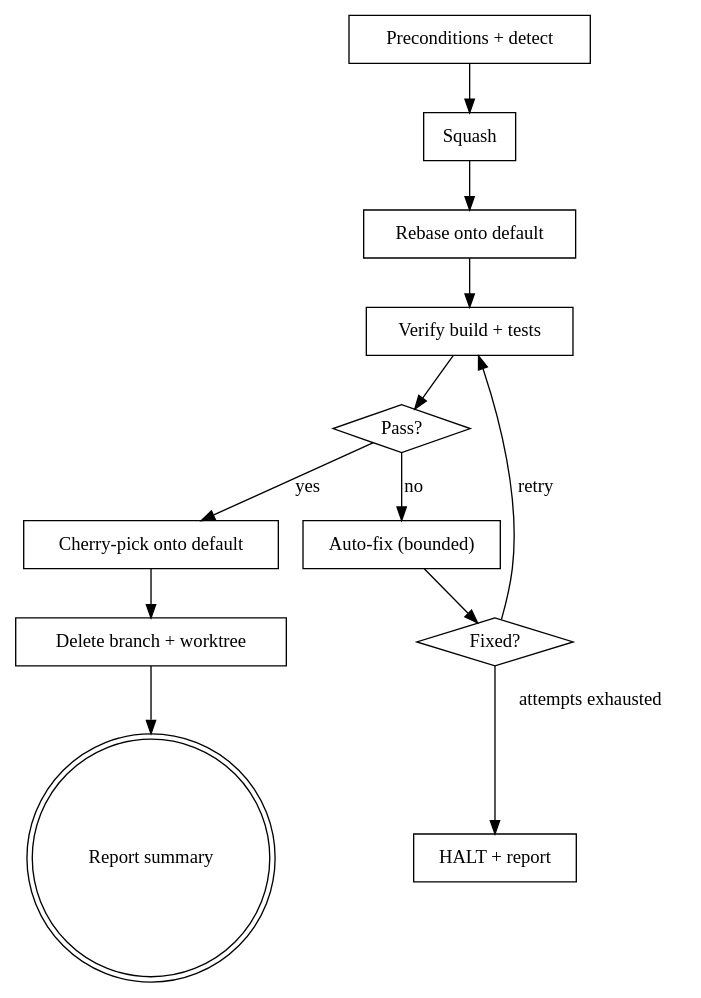
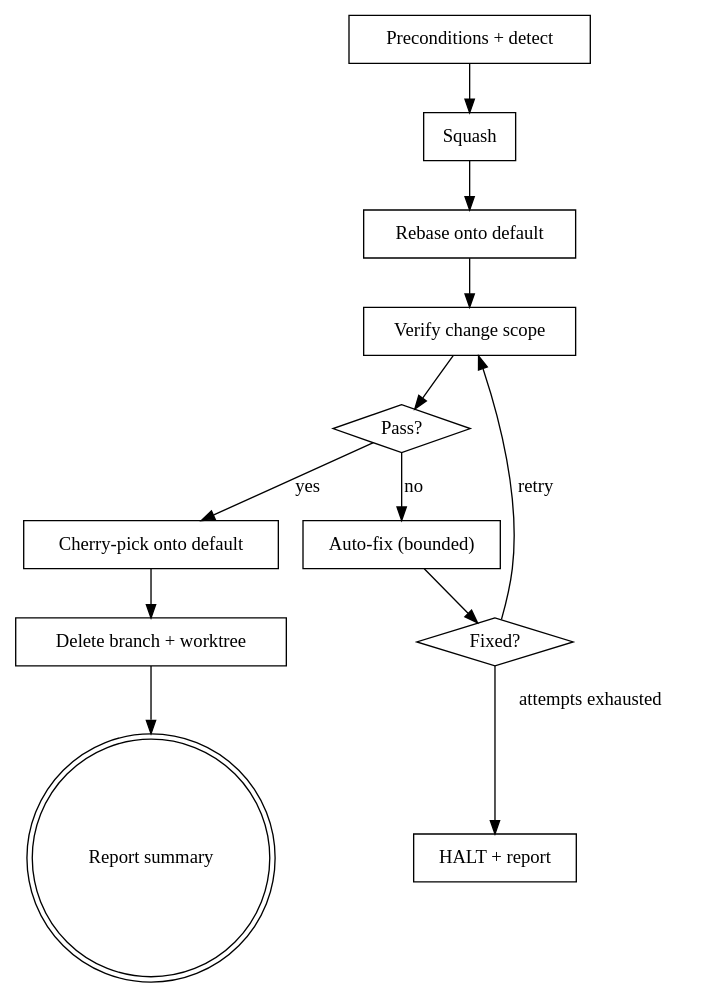
One commit to jellison/dotfiles changed the diagram in .claude/skills/land/SKILL.md. Above: the diagram before and after it, drawn with Graphviz. The commit also changed other lines of this file and 15 other files, not shown here.

````diff
--- a/.claude/skills/land/SKILL.md
+++ b/.claude/skills/land/SKILL.md
@@ -33,23 +33,23 @@
 ```dot
 digraph land {
     "Preconditions + detect" [shape=box];
     "Squash" [shape=box];
     "Rebase onto default" [shape=box];
-    "Verify build + tests" [shape=box];
+    "Verify change scope" [shape=box];
     "Pass?" [shape=diamond];
     "Auto-fix (bounded)" [shape=box];
     "Fixed?" [shape=diamond];
     "Cherry-pick onto default" [shape=box];
     "Delete branch + worktree" [shape=box];
     "Report summary" [shape=doublecircle];
     "HALT + report" [shape=box];
 
-    "Preconditions + detect" -> "Squash" -> "Rebase onto default" -> "Verify build + tests" -> "Pass?";
+    "Preconditions + detect" -> "Squash" -> "Rebase onto default" -> "Verify change scope" -> "Pass?";
     "Pass?" -> "Cherry-pick onto default" [label="yes"];
     "Pass?" -> "Auto-fix (bounded)" [label="no"];
     "Auto-fix (bounded)" -> "Fixed?";
-    "Fixed?" -> "Verify build + tests" [label="retry"];
+    "Fixed?" -> "Verify change scope" [label="retry"];
     "Fixed?" -> "HALT + report" [label="attempts exhausted"];
     "Cherry-pick onto default" -> "Delete branch + worktree" -> "Report summary";
 }
 ```
````
